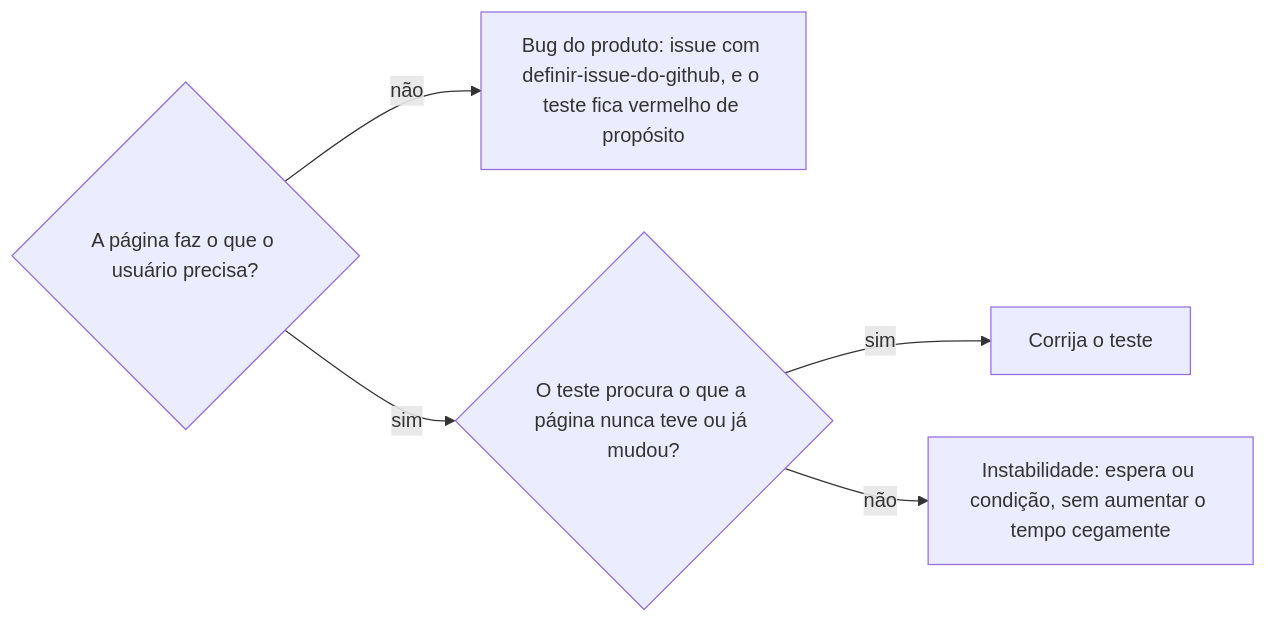
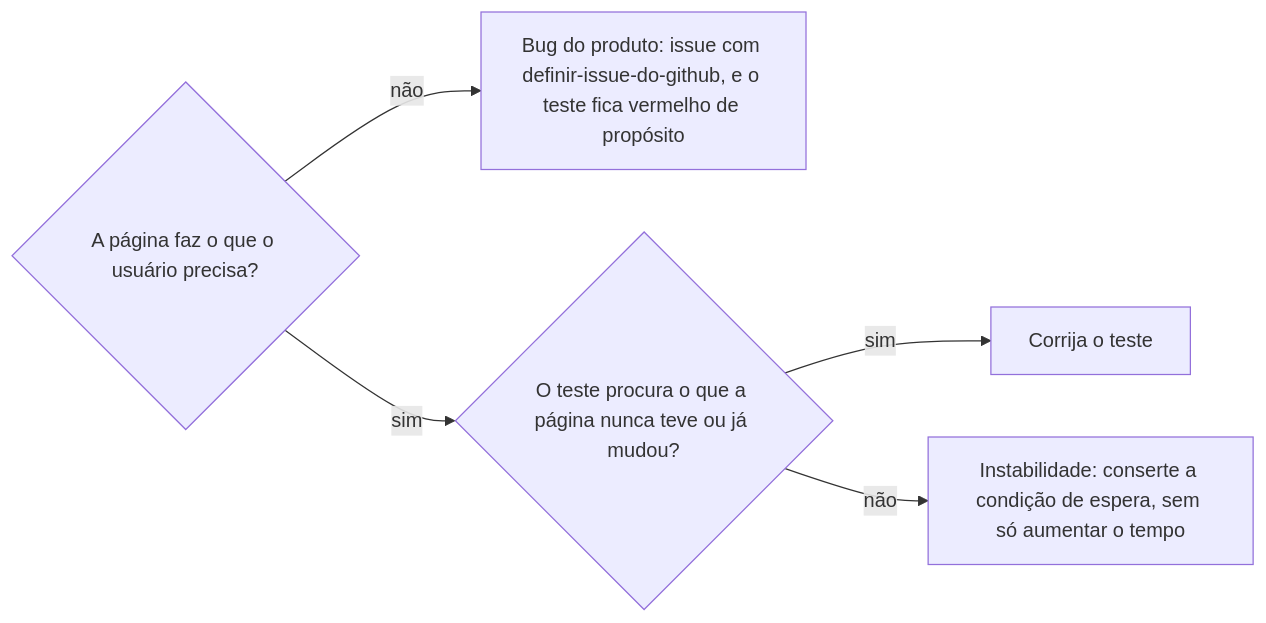
Before and after one commit to jimmyandrade/harness: the diagram in .agents/skills/diagnosticar-e2e-vermelho/SKILL.md, drawn with Mermaid. The commit also changed other lines of this file, not shown here.

First line of the commit message:
fix(diagnosticar-e2e-vermelho): tirar cegamente, explicitar login e não fixar nomes de variável

````diff
--- a/.agents/skills/diagnosticar-e2e-vermelho/SKILL.md
+++ b/.agents/skills/diagnosticar-e2e-vermelho/SKILL.md
@@ -58,7 +58,7 @@
 ```mermaid
 flowchart LR
   A{A página faz o que o usuário precisa?} -->|não| B[Bug do produto: issue com definir-issue-do-github, e o teste fica vermelho de propósito]
   A -->|sim| C{O teste procura o que a página nunca teve ou já mudou?}
   C -->|sim| D[Corrija o teste]
-  C -->|não| E[Instabilidade: espera ou condição, sem aumentar o tempo cegamente]
+  C -->|não| E[Instabilidade: conserte a condição de espera, sem só aumentar o tempo]
 ```
````
